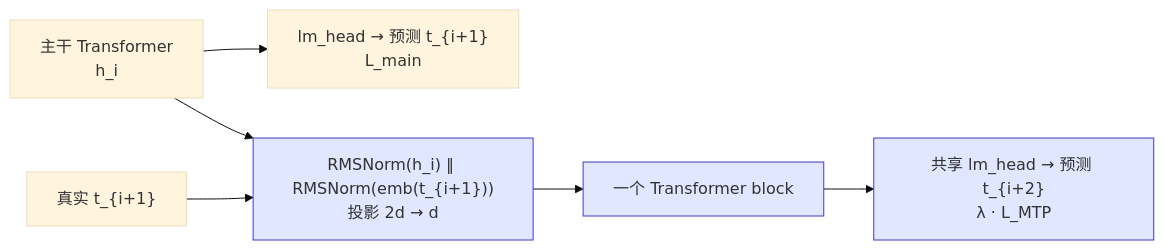
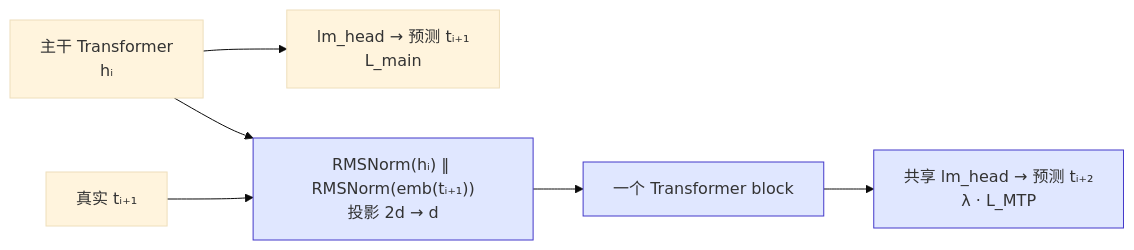
One commit to arganzheng/arganzheng.github.com changed the third of 4 diagrams in slides/2026-04-09-modern-llm-architecture.md. Above: the diagram before and after it, drawn with Mermaid (base theme). The commit also changed other lines of this file, not shown here.

Commit message:
slides(2026-04-09-modern-llm-architecture): 图内文字 ≥14px——标签缩短/拆分/Unicode 数学

````diff
--- a/slides/2026-04-09-modern-llm-architecture.md
+++ b/slides/2026-04-09-modern-llm-architecture.md
@@ -217,10 +217,10 @@
 ```mermaid
 %%{init: {"flowchart": {"wrappingWidth": 220}}}%%
 flowchart LR
-    T["主干 Transformer<br/>h_i"] --> H0["lm_head → 预测 t_{i+1}<br/>L_main"]
-    T --> C["RMSNorm(h_i) ‖ RMSNorm(emb(t_{i+1}))<br/>投影 2d → d"]
-    E["真实 t_{i+1}"] --> C
-    C --> BLK["一个 Transformer block"] --> H1["共享 lm_head → 预测 t_{i+2}<br/>λ · L_MTP"]
+    T["主干 Transformer<br/>hᵢ"] --> H0["lm_head → 预测 tᵢ₊₁<br/>L_main"]
+    T --> C["RMSNorm(hᵢ) ‖ RMSNorm(emb(tᵢ₊₁))<br/>投影 2d → d"]
+    E["真实 tᵢ₊₁"] --> C
+    C --> BLK["一个 Transformer block"] --> H1["共享 lm_head → 预测 tᵢ₊₂<br/>λ · L_MTP"]
     classDef mtp fill:#e0e7ff,stroke:#4338ca
     class C,BLK,H1 mtp
 ```
````
